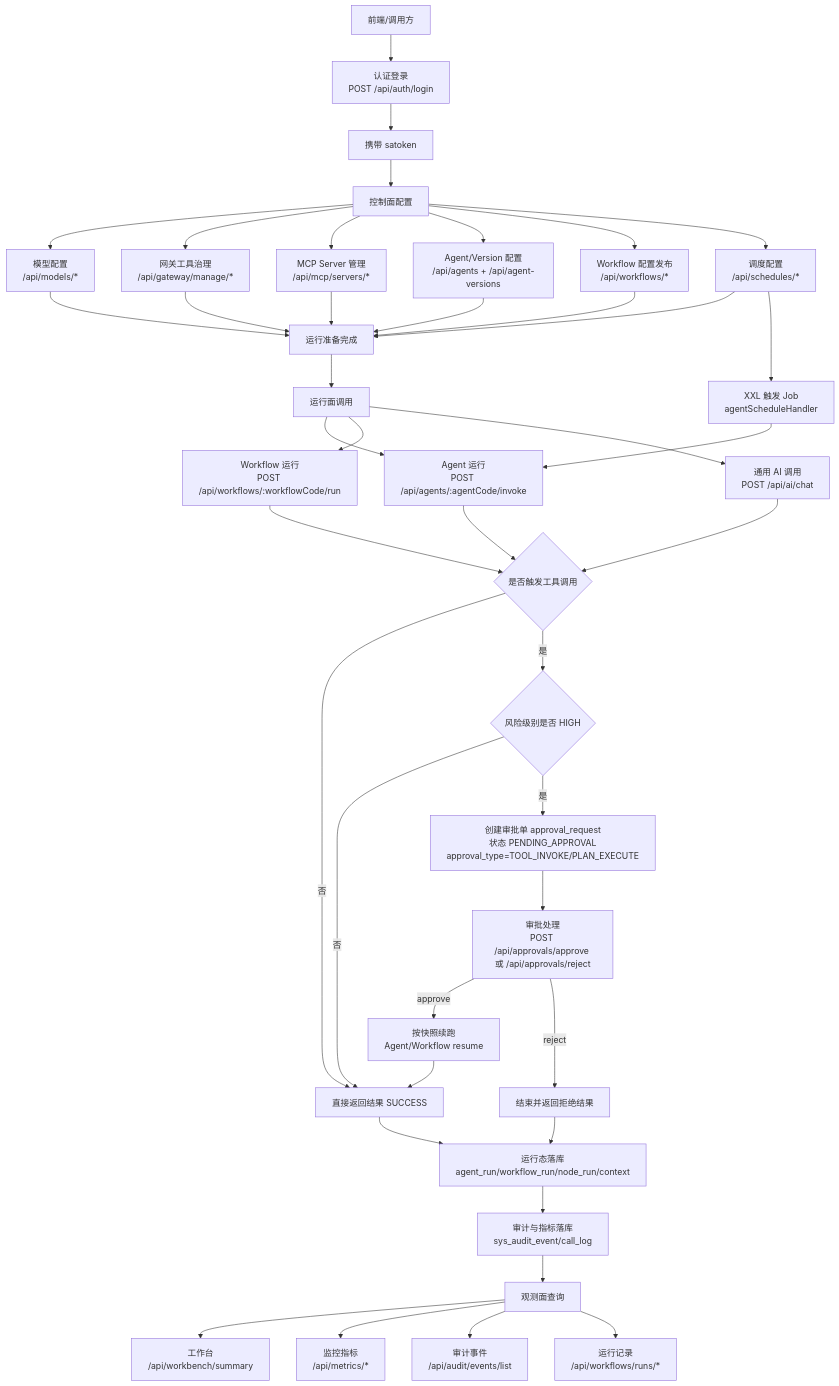
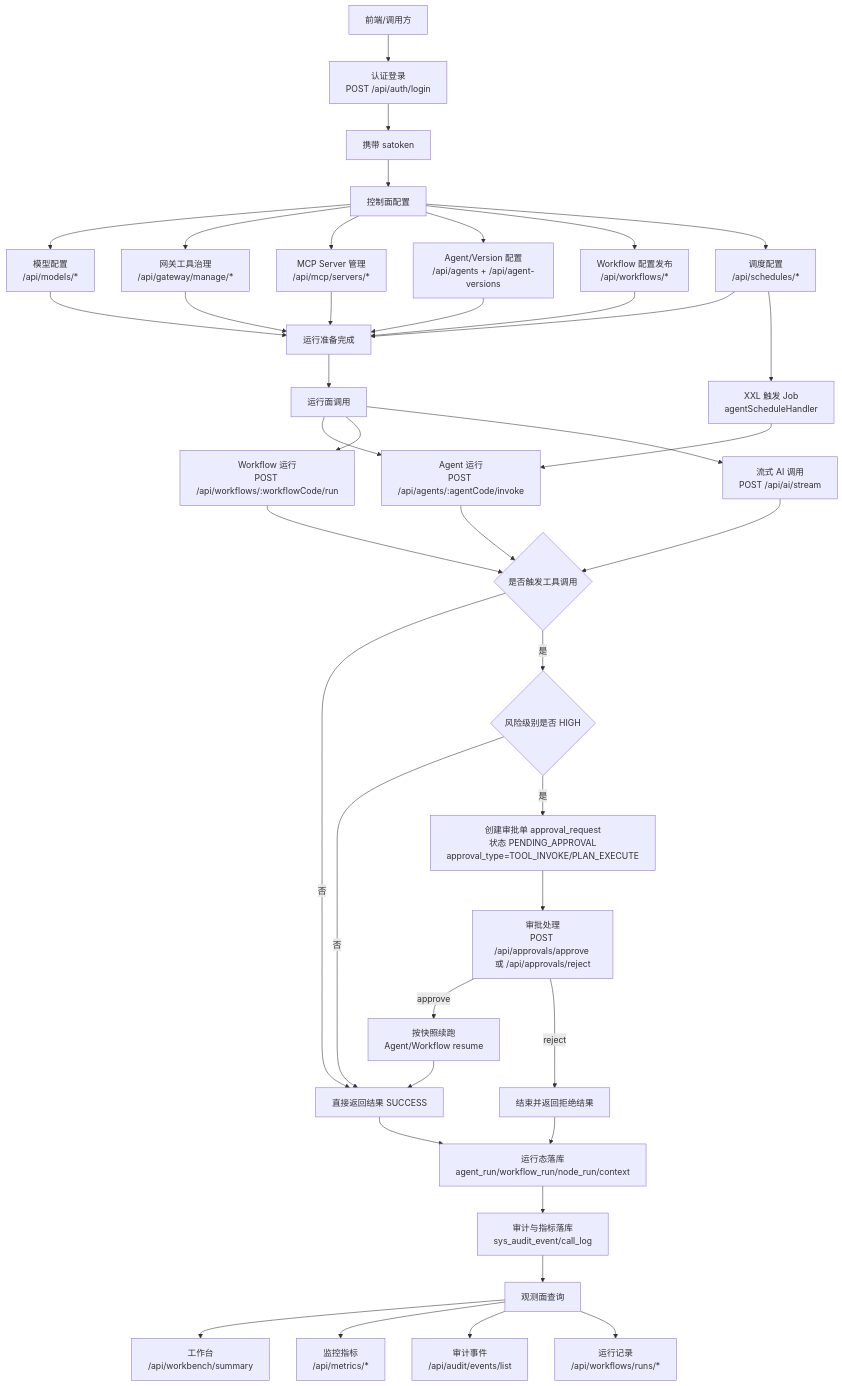
One commit to small-xiexu/ai-mcp-knowledge-study changed the seventh of 12 diagrams in .codex/项目从0到1掌握与企业落地手册（支付卡券后端视角）.md. Above: the diagram before and after it, drawn with Mermaid. The commit also changed other lines of this file and 8 other files, not shown here.

Commit message:
refactor(ai): remove deprecated /api/ai/chat endpoint

````diff
--- a/.codex/项目从0到1掌握与企业落地手册（支付卡券后端视角）.md
+++ b/.codex/项目从0到1掌握与企业落地手册（支付卡券后端视角）.md
@@ -490,52 +490,52 @@
 ```mermaid
 flowchart TD
     U[前端/调用方] --> L[认证登录<br/>POST /api/auth/login]
     L --> T[携带 satoken]
 
     T --> C1[控制面配置]
     C1 --> M[模型配置<br/>/api/models/*]
     C1 --> G[网关工具治理<br/>/api/gateway/manage/*]
     C1 --> S[MCP Server 管理<br/>/api/mcp/servers/*]
     C1 --> A[Agent/Version 配置<br/>/api/agents + /api/agent-versions]
     C1 --> W[Workflow 配置发布<br/>/api/workflows/*]
     C1 --> J[调度配置<br/>/api/schedules/*]
 
     M --> R0[运行准备完成]
     G --> R0
     S --> R0
     A --> R0
     W --> R0
     J --> R0
 
     R0 --> R1[运行面调用]
     R1 --> AR[Agent 运行<br/>POST /api/agents/:agentCode/invoke]
     R1 --> WR[Workflow 运行<br/>POST /api/workflows/:workflowCode/run]
-    R1 --> AI[通用 AI 调用<br/>POST /api/ai/chat]
+    R1 --> AI[流式 AI 调用<br/>POST /api/ai/stream]
 
     AR --> TOOL{是否触发工具调用}
     WR --> TOOL
     AI --> TOOL
 
     TOOL -->|否| OK[直接返回结果 SUCCESS]
     TOOL -->|是| RISK{风险级别是否 HIGH}
     RISK -->|否| OK
     RISK -->|是| AP0[创建审批单 approval_request<br/>状态 PENDING_APPROVAL<br/>approval_type=TOOL_INVOKE/PLAN_EXECUTE]
 
     AP0 --> AP1[审批处理<br/>POST /api/approvals/approve 或 /api/approvals/reject]
     AP1 -->|approve| RS[按快照续跑<br/>Agent/Workflow resume]
     AP1 -->|reject| RJ[结束并返回拒绝结果]
     RS --> OK
 
     J --> XXL[XXL 触发 Job<br/>agentScheduleHandler]
     XXL --> AR
 
     OK --> O1[运行态落库<br/>agent_run/workflow_run/node_run/context]
     RJ --> O1
     O1 --> O2[审计与指标落库<br/>sys_audit_event/call_log]
 
     O2 --> V[观测面查询]
     V --> WB[工作台<br/>/api/workbench/summary]
     V --> MT[监控指标<br/>/api/metrics/*]
     V --> AE[审计事件<br/>/api/audit/events/list]
     V --> RR[运行记录<br/>/api/workflows/runs/*]
 ```
````
